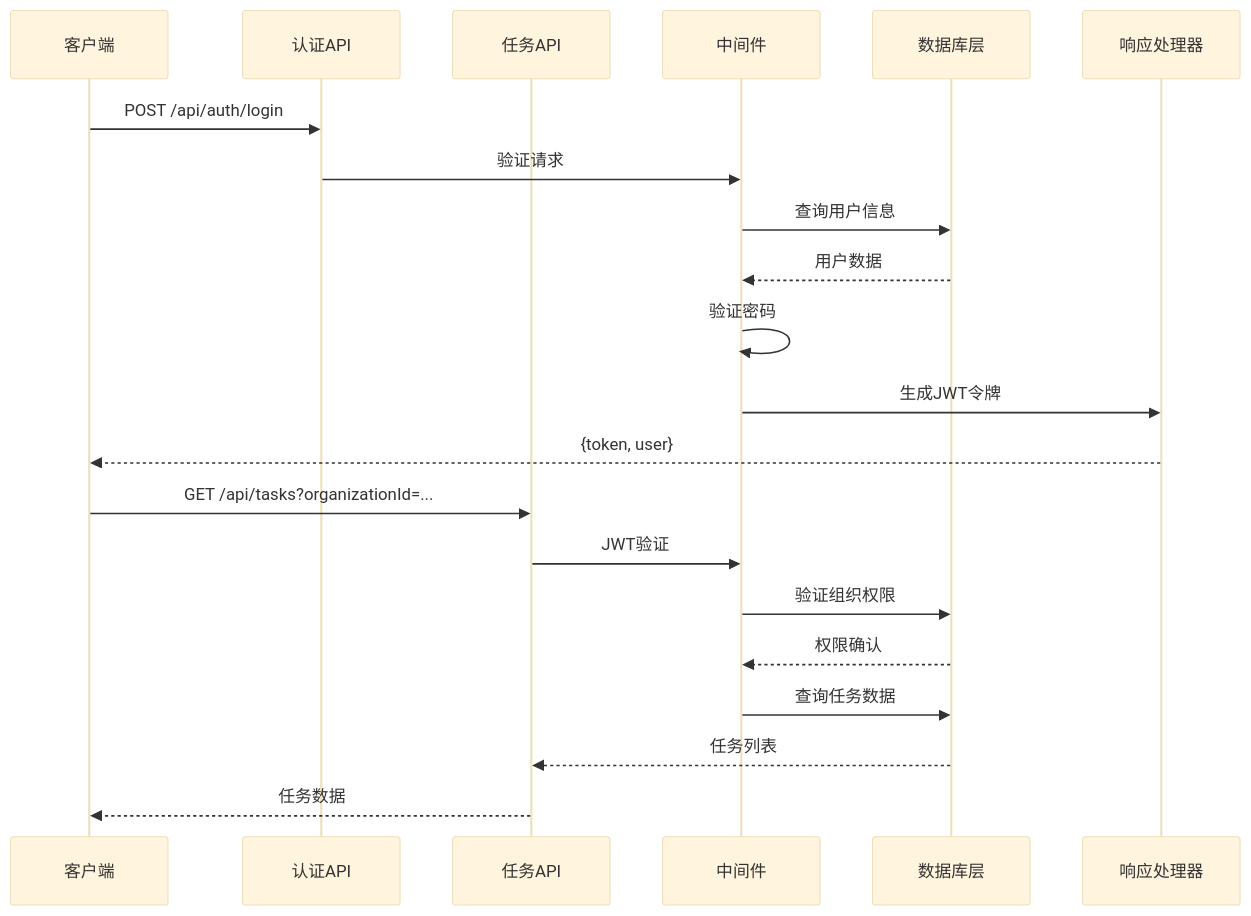
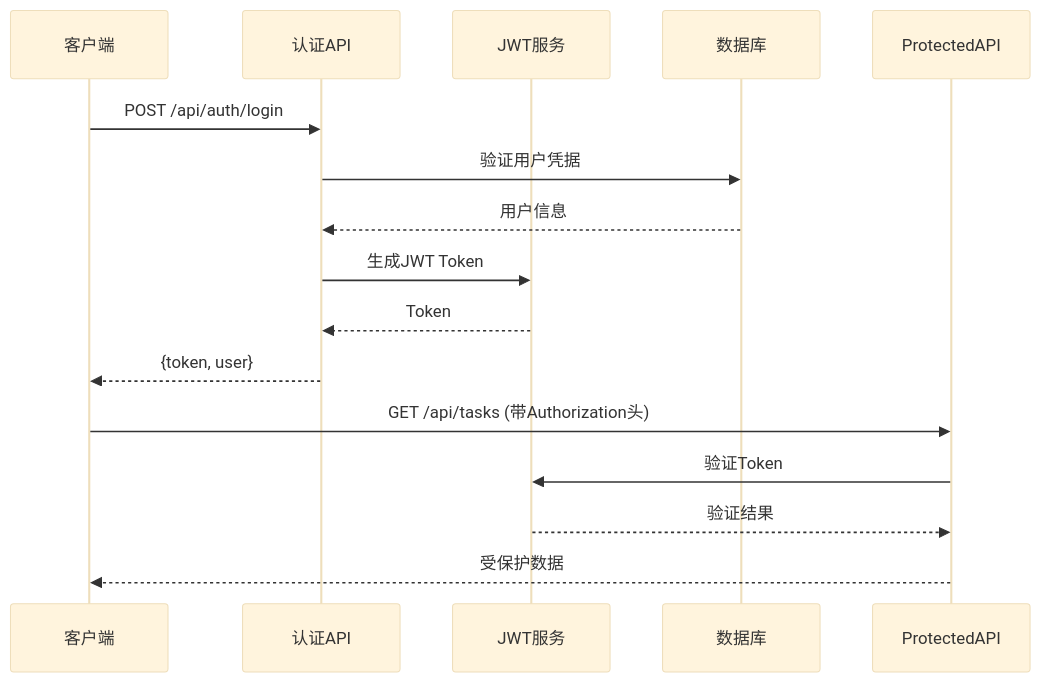
Before and after one commit to tutusiji/calendar-task-manager: the diagram in .qoder/repowiki/zh/content/API接口文档.md, drawn with Mermaid (base theme). The commit also changed other lines of this file and 4 other files, not shown here.

````diff
--- a/.qoder/repowiki/zh/content/API接口文档.md
+++ b/.qoder/repowiki/zh/content/API接口文档.md
@@ -120,23 +92,17 @@
 ```mermaid
 sequenceDiagram
 participant Client as 客户端
 participant AuthAPI as 认证API
-participant TaskAPI as 任务API
-participant Middleware as 中间件
-participant Prisma as 数据库层
-participant Response as 响应处理器
+participant JWT as JWT服务
+participant DB as 数据库
 Client->>AuthAPI : POST /api/auth/login
-AuthAPI->>Middleware : 验证请求
-Middleware->>Prisma : 查询用户信息
-Prisma-->>Middleware : 用户数据
-Middleware->>Middleware : 验证密码
-Middleware->>Response : 生成JWT令牌
-Response-->>Client : {token, user}
-Client->>TaskAPI : GET /api/tasks?organizationId=...
-TaskAPI->>Middleware : JWT验证
-Middleware->>Prisma : 验证组织权限
-Prisma-->>Middleware : 权限确认
-Middleware->>Prisma : 查询任务数据
-Prisma-->>TaskAPI : 任务列表
-TaskAPI-->>Client : 任务数据
+AuthAPI->>DB : 验证用户凭据
+DB-->>AuthAPI : 用户信息
+AuthAPI->>JWT : 生成JWT Token
+JWT-->>AuthAPI : Token
+AuthAPI-->>Client : {token, user}
+Client->>ProtectedAPI : GET /api/tasks (带Authorization头)
+ProtectedAPI->>JWT : 验证Token
+JWT-->>ProtectedAPI : 验证结果
+ProtectedAPI-->>Client : 受保护数据
 ```
````
